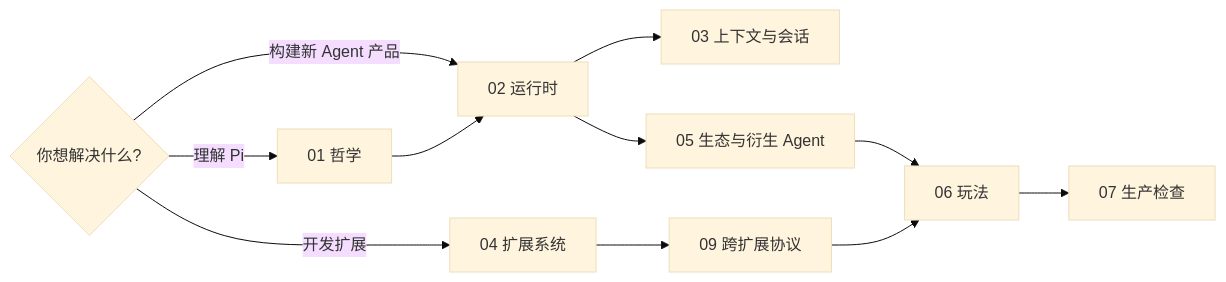
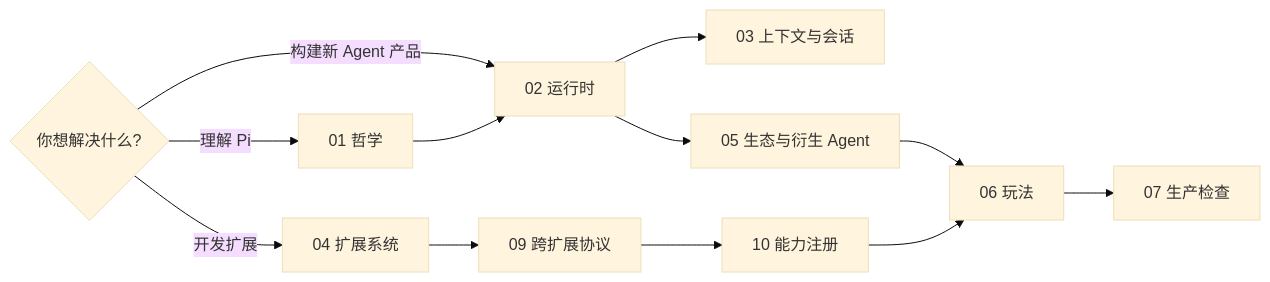
One commit to jaronic/pi-extensions changed the second of 2 diagrams in docs/design/README.md. Above: the diagram before and after it, drawn with Mermaid (base theme). The commit also changed other lines of this file and 32 other files, not shown here.

````diff
--- a/docs/design/README.md
+++ b/docs/design/README.md
@@ -82,7 +83,7 @@
 ```mermaid
 flowchart LR
     Start{你想解决什么?}
     Start -->|理解 Pi| A[01 哲学] --> B[02 运行时] --> C[03 上下文与会话]
-    Start -->|开发扩展| D[04 扩展系统] --> P[09 跨扩展协议] --> E[06 玩法] --> F[07 生产检查]
+    Start -->|开发扩展| D[04 扩展系统] --> P[09 跨扩展协议] --> R[10 能力注册] --> E[06 玩法] --> F[07 生产检查]
     Start -->|构建新 Agent 产品| B --> G[05 生态与衍生 Agent] --> E
 ```
````
